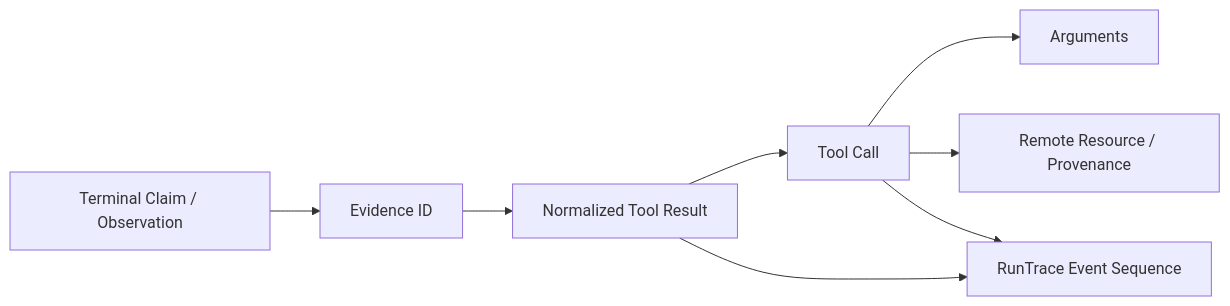
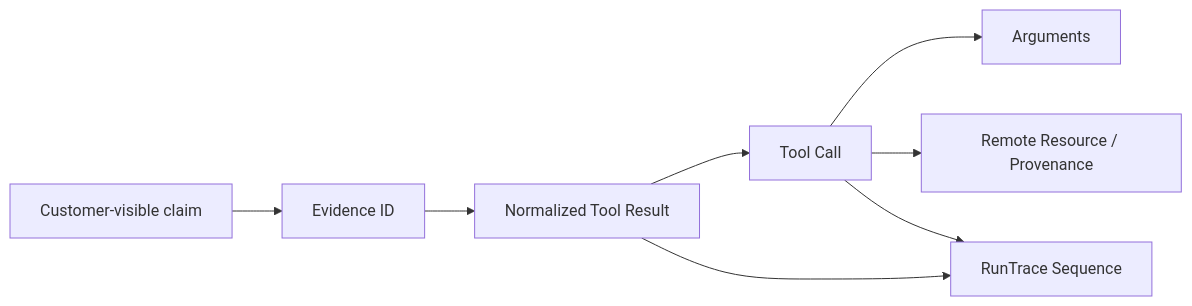
The sixth of 12 diagrams in docs/presentation/ARCHITECTURE-OVERLAYS.md (pablo-marchina/academy-tractian), drawn with Mermaid before and after one commit. The commit also changed other lines of this file and 5 other files, not shown here.

````diff
--- a/docs/presentation/ARCHITECTURE-OVERLAYS.md
+++ b/docs/presentation/ARCHITECTURE-OVERLAYS.md
@@ -134,16 +112,16 @@
 ```mermaid
 flowchart LR
-    C[Terminal Claim / Observation]
+    C[Customer-visible claim]
     E[Evidence ID]
     R[Normalized Tool Result]
     T[Tool Call]
     A[Arguments]
     P[Remote Resource / Provenance]
-    RT[RunTrace Event Sequence]
+    RT[RunTrace Sequence]
 
     C --> E --> R --> T
     T --> A
     T --> P
     T --> RT
     R --> RT
 ```
````
